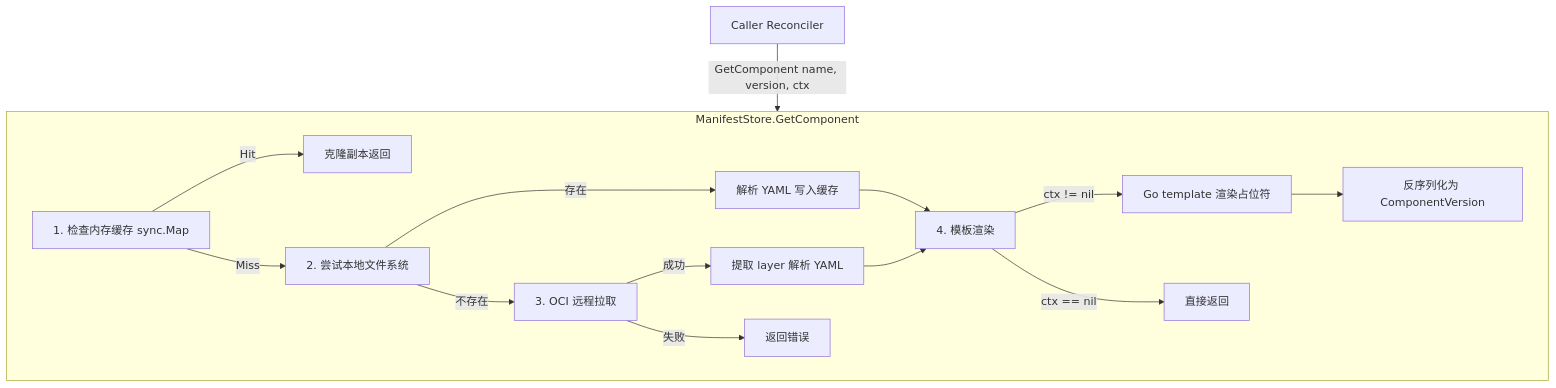
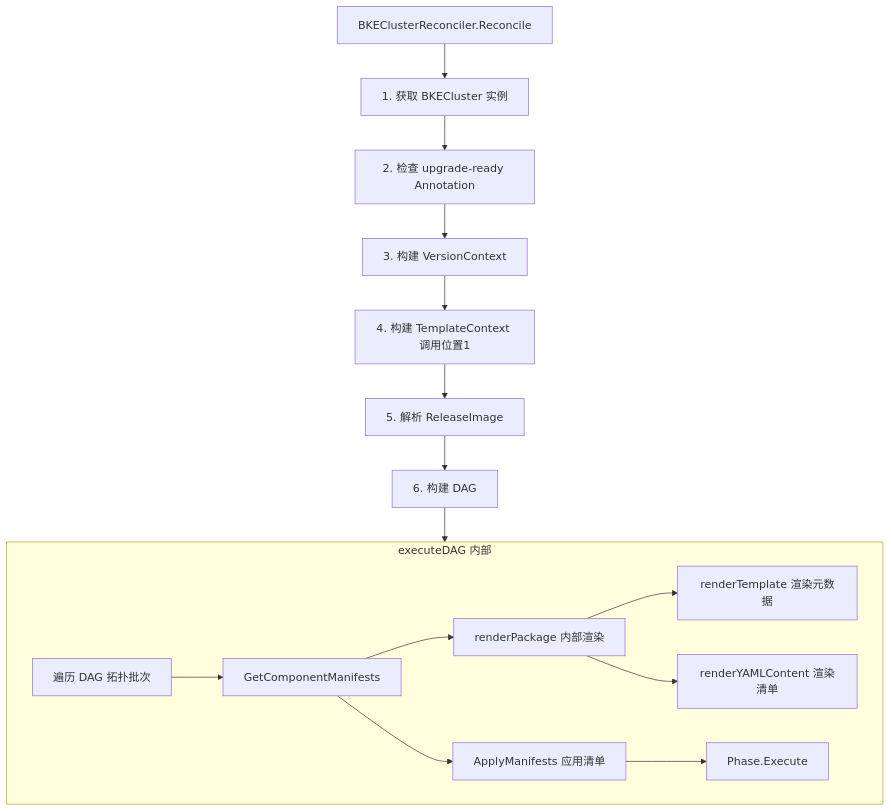
Before and after one commit to javadoors/cluster-api-provider-bke: the fourth of 13 diagrams in code/kep/kep5/kep5-2.md, drawn with Mermaid. The commit also changed other lines of this file and 2 other files, not shown here.

Commit message:
mainfestStore

````diff
--- a/code/kep/kep5/kep5-2.md
+++ b/code/kep/kep5/kep5-2.md
@@ -1084,18 +1162,19 @@
 ```mermaid
 flowchart TD
-    A["Caller Reconciler"] -->|"GetComponent name, version, ctx "| B["ManifestStore"]
+    A["BKEClusterReconciler.Reconcile"] --> B["1. 获取 BKECluster 实例"]
+    B --> C["2. 检查 upgrade-ready Annotation"]
+    C --> D["3. 构建 VersionContext"]
+    D --> E["4. 构建 TemplateContext 调用位置1"]
+    E --> F["5. 解析 ReleaseImage"]
+    F --> G["6. 构建 DAG"]
+    G --> H["7. executeDAG 调用位置2"]
     
-    subgraph B ["ManifestStore.GetComponent "]
-        B1["1. 检查内存缓存 sync.Map "] -->|"Hit"| B2["克隆副本返回"]
-        B1 -->|"Miss"| B3["2. 尝试本地文件系统"]
-        B3 -->|"存在"| B4["解析 YAML 写入缓存"]
-        B3 -->|"不存在"| B5["3. OCI 远程拉取"]
-        B5 -->|"成功"| B6["提取 layer 解析 YAML"]
-        B5 -->|"失败"| B7["返回错误"]
-        B4 --> B8["4. 模板渲染"]
-        B6 --> B8
-        B8 -->|"ctx != nil"| B9["Go template 渲染占位符"]
-        B8 -->|"ctx == nil"| B10["直接返回"]
-        B9 --> B11["反序列化为 ComponentVersion"]
+    subgraph H ["executeDAG 内部"]
+        H1["遍历 DAG 拓扑批次"] --> H2["GetComponentManifests"]
+        H2 --> H3["renderPackage 内部渲染"]
+        H3 --> H4["renderTemplate 渲染元数据"]
+        H3 --> H5["renderYAMLContent 渲染清单"]
+        H2 --> H6["ApplyManifests 应用清单"]
+        H6 --> H7["Phase.Execute"]
     end
 ```
````
